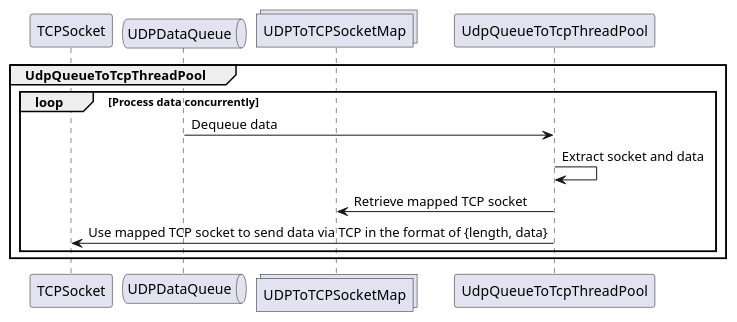
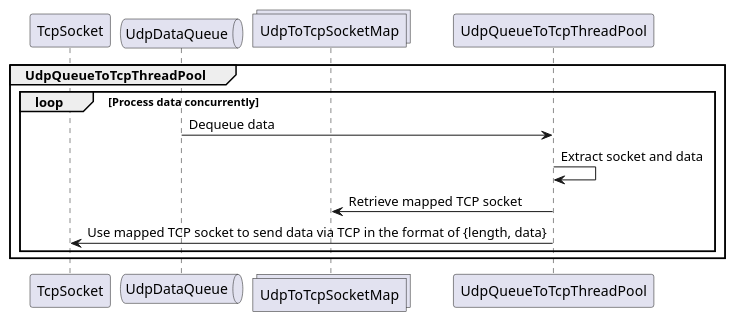
The fifth of 6 diagrams in doc/server.md (xiguichen/tcpudp), drawn with PlantUML before and after one commit. The commit also changed other lines of this file and 17 other files, not shown here.

```diff
--- a/doc/server.md
+++ b/doc/server.md
@@ -97,15 +97,15 @@
 @startuml
-participant TCPSocket
-queue UDPDataQueue
-collections UDPToTCPSocketMap
+participant TcpSocket
+queue UdpDataQueue
+collections UdpToTcpSocketMap
 
 group UdpQueueToTcpThreadPool
     loop Process data concurrently
-        UDPDataQueue -> UdpQueueToTcpThreadPool: Dequeue data
+        UdpDataQueue -> UdpQueueToTcpThreadPool: Dequeue data
         UdpQueueToTcpThreadPool -> UdpQueueToTcpThreadPool: Extract socket and data
-        UdpQueueToTcpThreadPool -> UDPToTCPSocketMap: Retrieve mapped TCP socket
-        UdpQueueToTcpThreadPool -> TCPSocket: Use mapped TCP socket to send data via TCP in the format of {length, data}
+        UdpQueueToTcpThreadPool -> UdpToTcpSocketMap: Retrieve mapped TCP socket
+        UdpQueueToTcpThreadPool -> TcpSocket: Use mapped TCP socket to send data via TCP in the format of {length, data}
     end
 end
 
 @enduml
```
